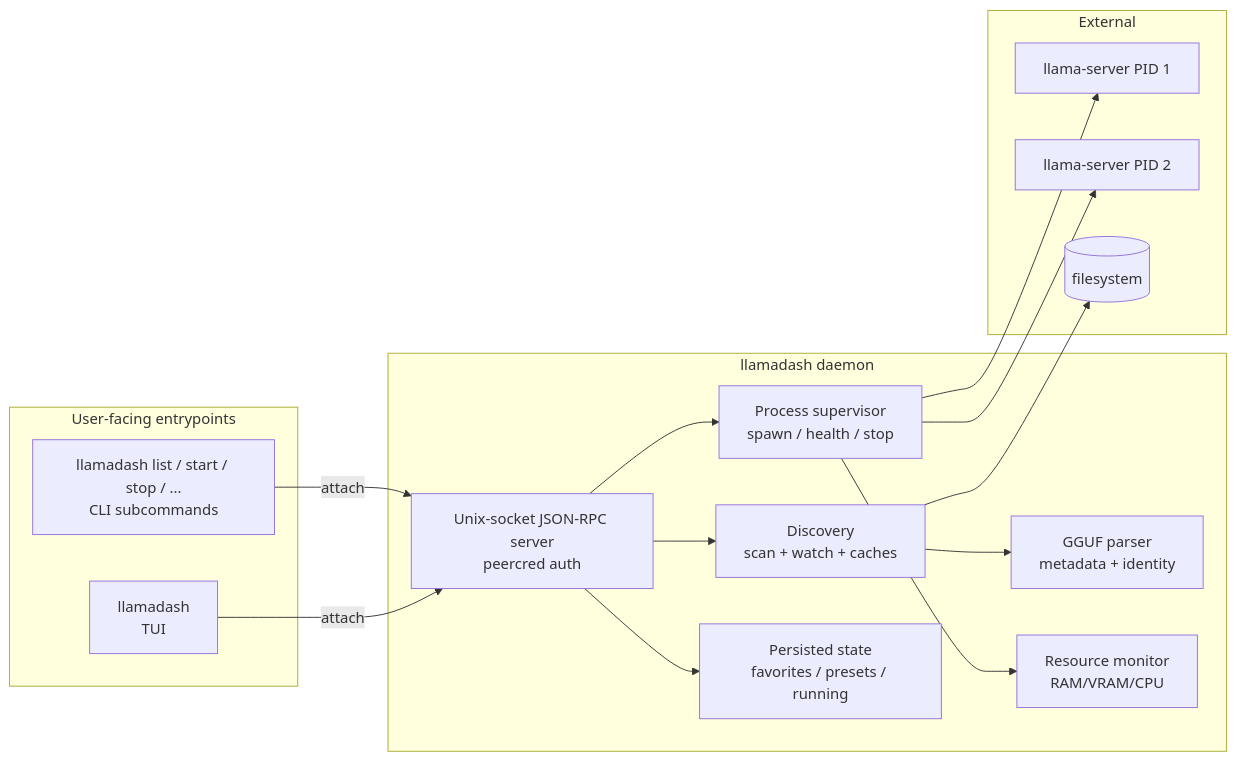
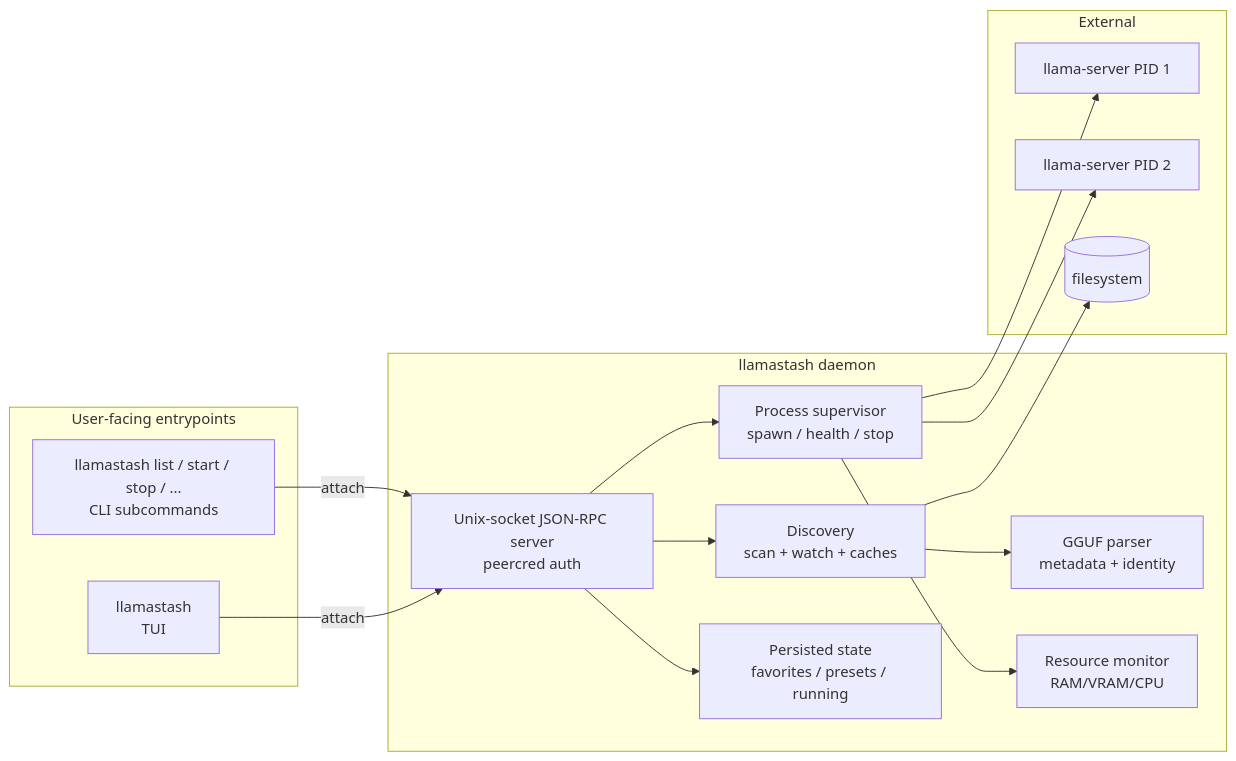
Before and after one commit to llamastash/llamastash: the first of 2 diagrams in docs/architecture.md, drawn with Mermaid. The commit also changed other lines of this file and 120 other files, not shown here.

First line of the commit message:
chore(rename): llamadash → llamastash

````diff
--- a/docs/architecture.md
+++ b/docs/architecture.md
@@ -28,33 +28,33 @@
 ```mermaid
 flowchart LR
     subgraph user[User-facing entrypoints]
-        TUI[llamadash<br/>TUI]
-        CLI[llamadash list / start / stop / ...<br/>CLI subcommands]
+        TUI[llamastash<br/>TUI]
+        CLI[llamastash list / start / stop / ...<br/>CLI subcommands]
     end
 
-    subgraph daemon[llamadash daemon]
+    subgraph daemon[llamastash daemon]
         IPC[Unix-socket JSON-RPC server<br/>peercred auth]
         SCAN[Discovery<br/>scan + watch + caches]
         GGUF[GGUF parser<br/>metadata + identity]
         SUP[Process supervisor<br/>spawn / health / stop]
         RES[Resource monitor<br/>RAM/VRAM/CPU]
         STATE[Persisted state<br/>favorites / presets / running]
     end
 
     subgraph external[External]
         LS1[llama-server PID 1]
         LS2[llama-server PID 2]
         FS[(filesystem)]
     end
 
     TUI -- attach --> IPC
     CLI -- attach --> IPC
     IPC --> SCAN
     IPC --> SUP
     IPC --> STATE
     SCAN --> GGUF
     SCAN --> FS
     SUP --> LS1
     SUP --> LS2
     SUP --> RES
 ```
````
